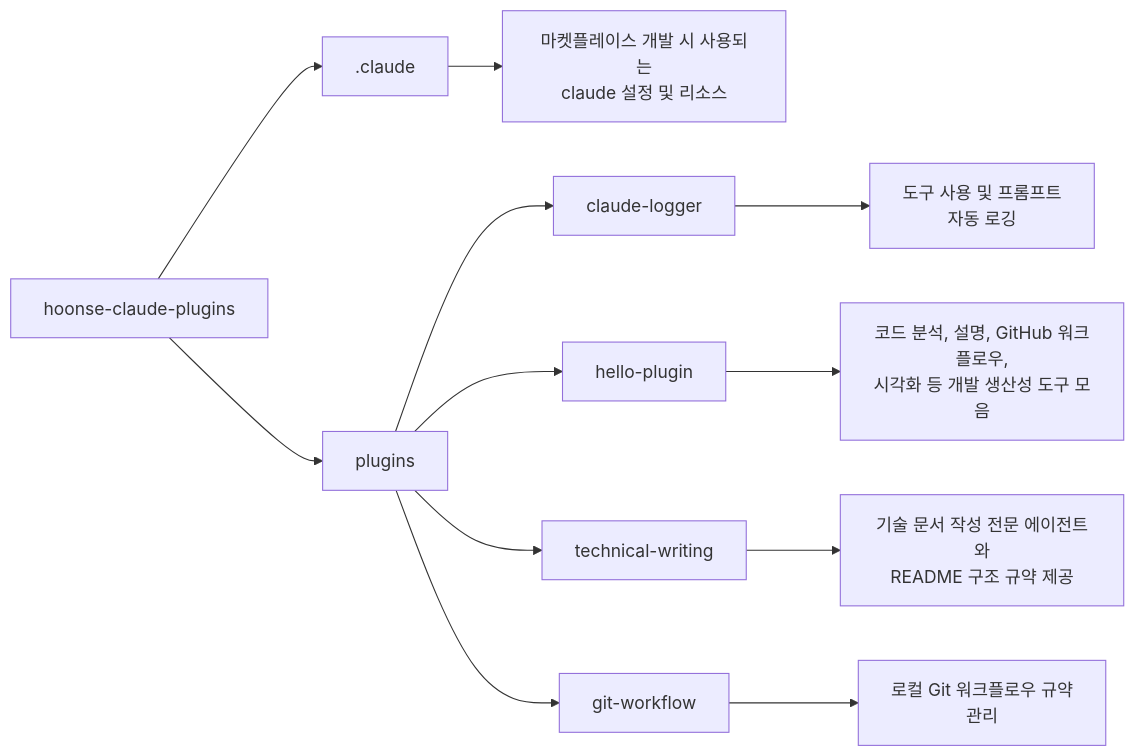
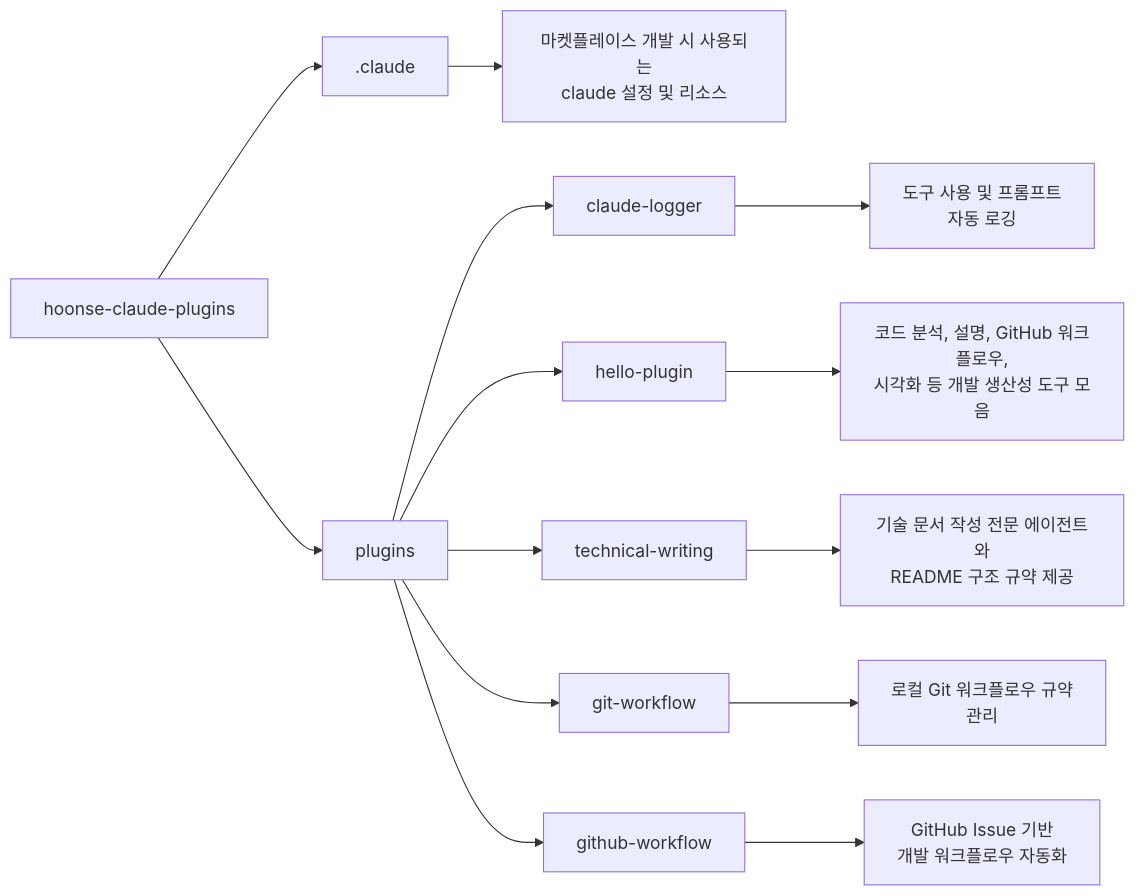
One commit to iamhoonse-dev/hoonse-claude-plugins changed the diagram in README.md. Above: the diagram before and after it, drawn with Mermaid. The commit also changed other lines of this file and 5 other files, not shown here.

First line of the commit message:
docs: github-workflow 플러그인을 프로젝트 전반 문서에 반영

````diff
--- a/README.md
+++ b/README.md
@@ -7,14 +7,16 @@
 ```mermaid
 graph LR
     A[hoonse-claude-plugins] --> B[.claude]
     B --> B1[마켓플레이스 개발 시 사용되는<br/>claude 설정 및 리소스]
     A --> C[plugins]
     C --> D[claude-logger]
     D --> D1[도구 사용 및 프롬프트<br/>자동 로깅]
     C --> E[hello-plugin]
     E --> E1[코드 분석, 설명, GitHub 워크플로우,<br/>시각화 등 개발 생산성 도구 모음]
     C --> F[technical-writing]
     F --> F1[기술 문서 작성 전문 에이전트와<br/>README 구조 규약 제공]
     C --> G[git-workflow]
     G --> G1[로컬 Git 워크플로우 규약<br/>관리]
+    C --> H[github-workflow]
+    H --> H1[GitHub Issue 기반<br/>개발 워크플로우 자동화]
 ```
````
